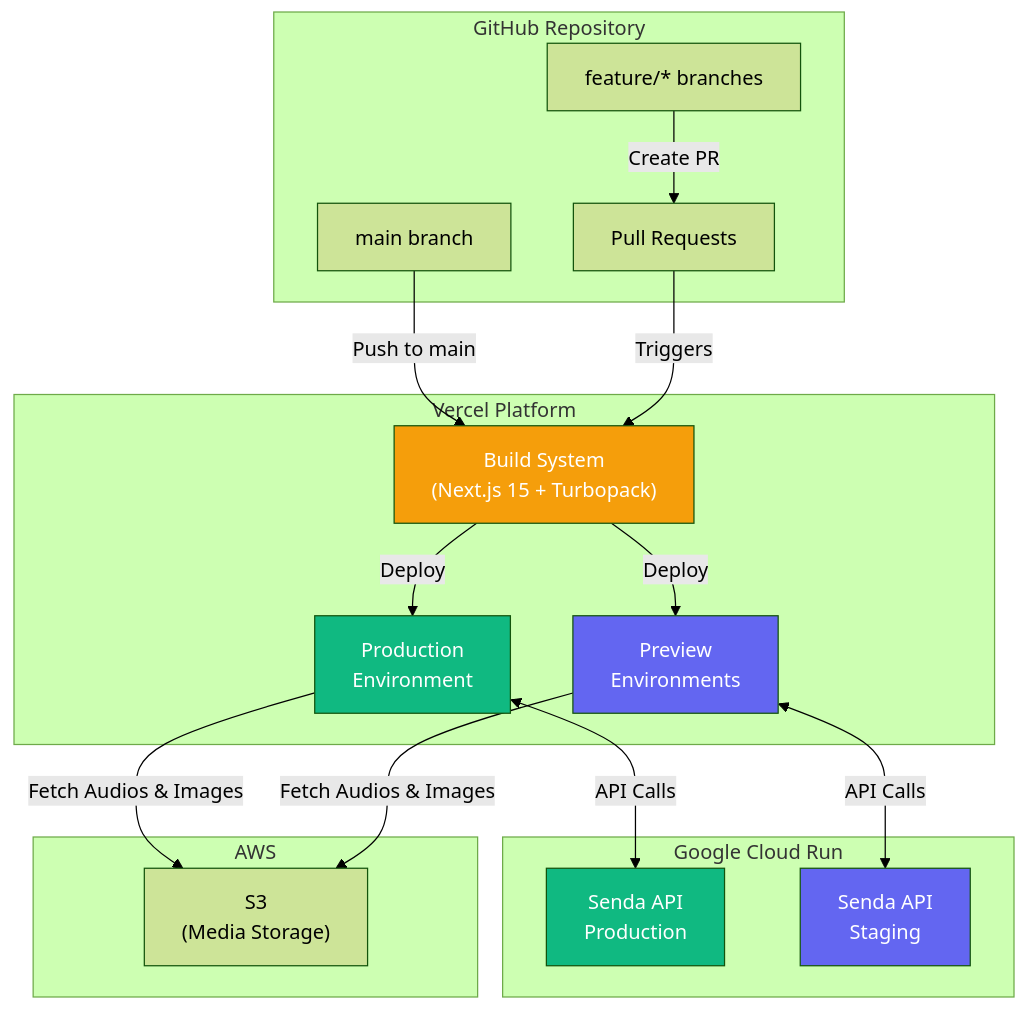
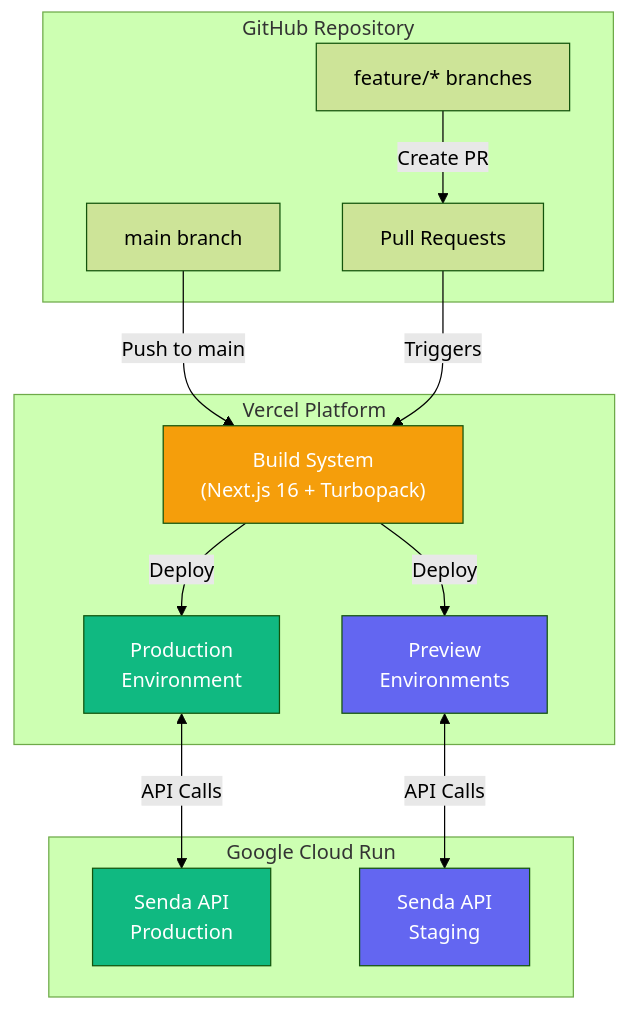
The first of 7 diagrams in docs/deployment.md (fariassdev/senda-cms), drawn with Mermaid (forest theme) before and after one commit. The commit also changed other lines of this file and 10 other files, not shown here.

````diff
--- a/docs/deployment.md
+++ b/docs/deployment.md
@@ -9,41 +9,35 @@
 ```mermaid
 flowchart TB
     subgraph GitHub["GitHub Repository"]
         main["main branch"]
         feature["feature/* branches"]
         pr["Pull Requests"]
     end
 
     subgraph Vercel["Vercel Platform"]
-        build["Build System<br/>(Next.js 15 + Turbopack)"]
+        build["Build System<br/>(Next.js 16 + Turbopack)"]
         prod["Production<br/>Environment"]
         preview["Preview<br/>Environments"]
     end
 
     subgraph CloudRun["Google Cloud Run"]
         api_prod["Senda API<br/>Production"]
         api_staging["Senda API<br/>Staging"]
-    end
-
-    subgraph Storage["AWS"]
-        s3["S3<br/>(Media Storage)"]
     end
 
     main -->|"Push to main"| build
     feature -->|"Create PR"| pr
     pr -->|"Triggers"| build
 
     build -->|"Deploy"| prod
     build -->|"Deploy"| preview
 
     prod <-->|"API Calls"| api_prod
     preview <-->|"API Calls"| api_staging
-    prod -->|"Fetch Audios & Images"| s3
-    preview -->|"Fetch Audios & Images"| s3
 
     style prod fill:#10b981,color:#fff
     style preview fill:#6366f1,color:#fff
     style build fill:#f59e0b,color:#fff
     style api_prod fill:#10b981,color:#fff
     style api_staging fill:#6366f1,color:#fff
 ```
````
